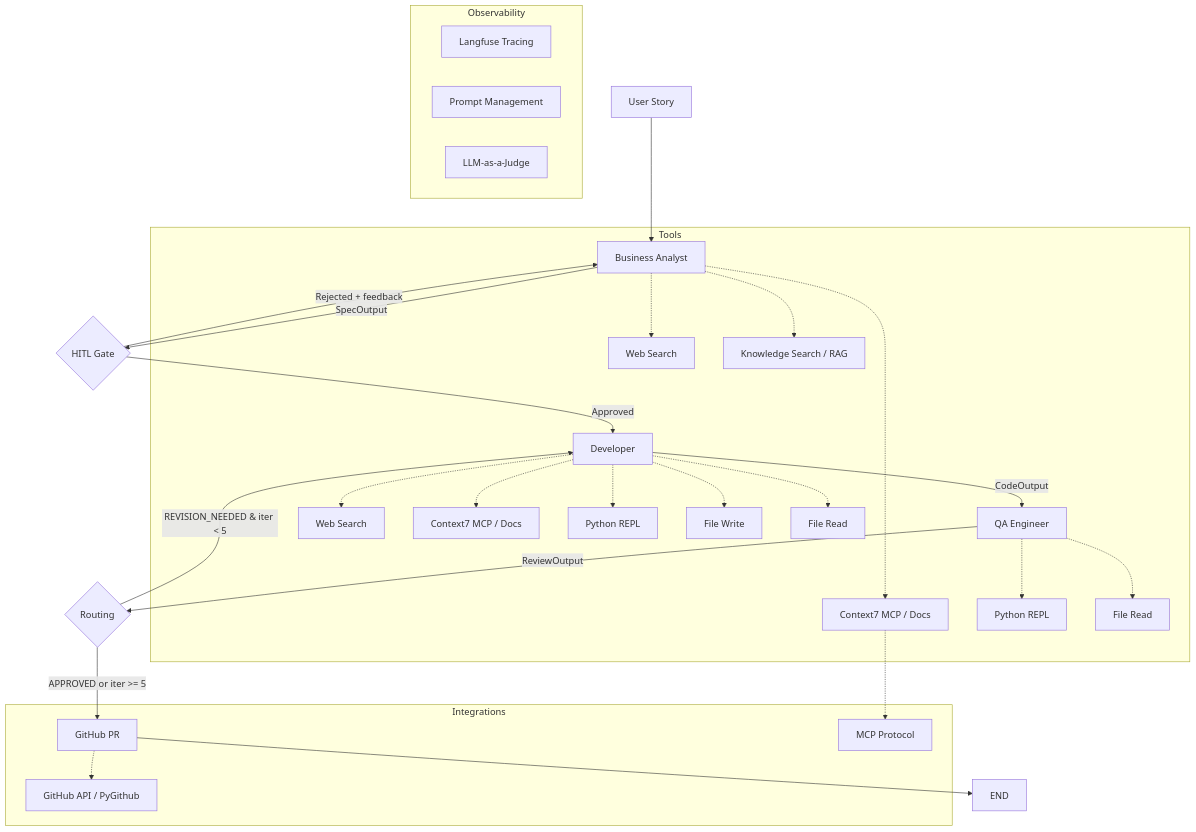
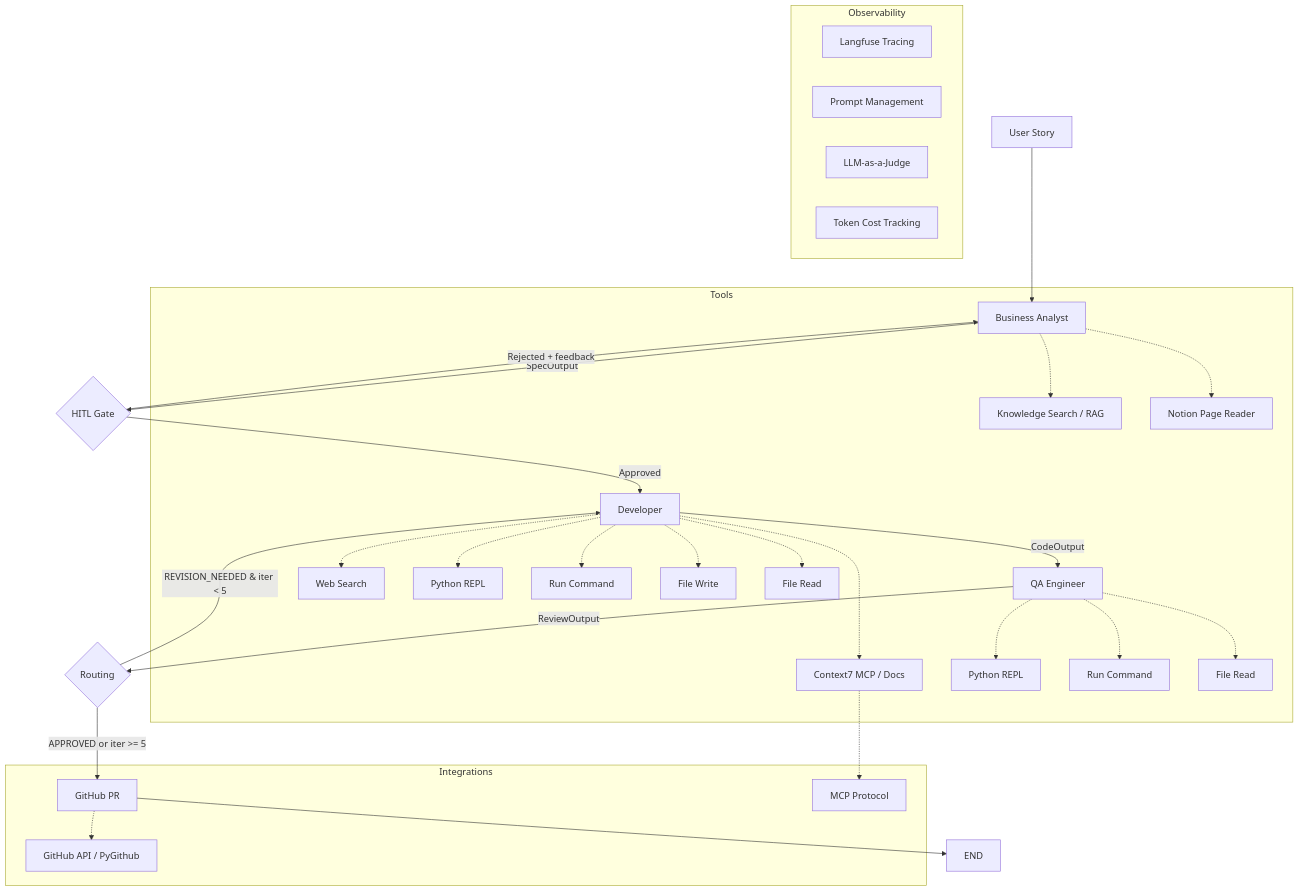
Before and after one commit to vilyaua/MAIS-ProjectFinal: the diagram in README.md, drawn with Mermaid. The commit also changed other lines of this file and 1 other file, not shown here.

````diff
--- a/README.md
+++ b/README.md
@@ -7,36 +7,38 @@
 ```mermaid
 graph TD
     U[User Story] --> BA[Business Analyst]
     BA -->|SpecOutput| HITL{HITL Gate}
     HITL -->|Rejected + feedback| BA
     HITL -->|Approved| DEV[Developer]
     DEV -->|CodeOutput| QA[QA Engineer]
     QA -->|ReviewOutput| R{Routing}
     R -->|REVISION_NEEDED & iter < 5| DEV
     R -->|APPROVED or iter >= 5| GH[GitHub PR]
     GH --> E[END]
 
     subgraph Tools
-        BA -.-> WS[Web Search]
         BA -.-> RAG[Knowledge Search / RAG]
-        BA -.-> C7[Context7 MCP / Docs]
-        DEV -.-> WS2[Web Search]
-        DEV -.-> C72[Context7 MCP / Docs]
+        BA -.-> NP[Notion Page Reader]
+        DEV -.-> WS[Web Search]
+        DEV -.-> C7[Context7 MCP / Docs]
         DEV -.-> REPL[Python REPL]
+        DEV -.-> CMD[Run Command]
         DEV -.-> FW[File Write]
         DEV -.-> FR[File Read]
         QA -.-> REPL2[Python REPL]
+        QA -.-> CMD2[Run Command]
         QA -.-> FR2[File Read]
     end
 
     subgraph Integrations
         GH -.-> GHA[GitHub API / PyGithub]
         C7 -.-> MCP[MCP Protocol]
     end
 
     subgraph Observability
         LF[Langfuse Tracing]
         PM[Prompt Management]
         EV[LLM-as-a-Judge]
+        TT[Token Cost Tracking]
     end
 ```
````
